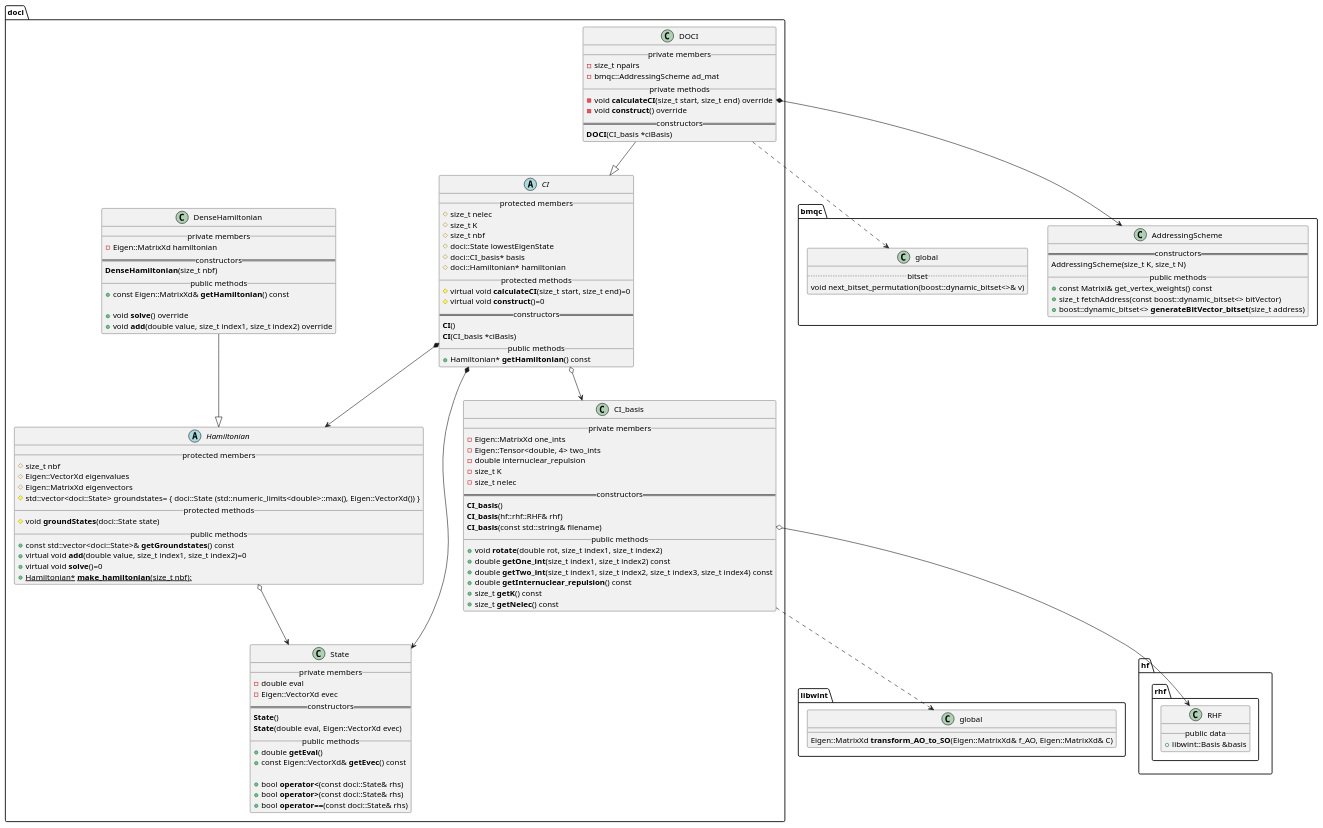
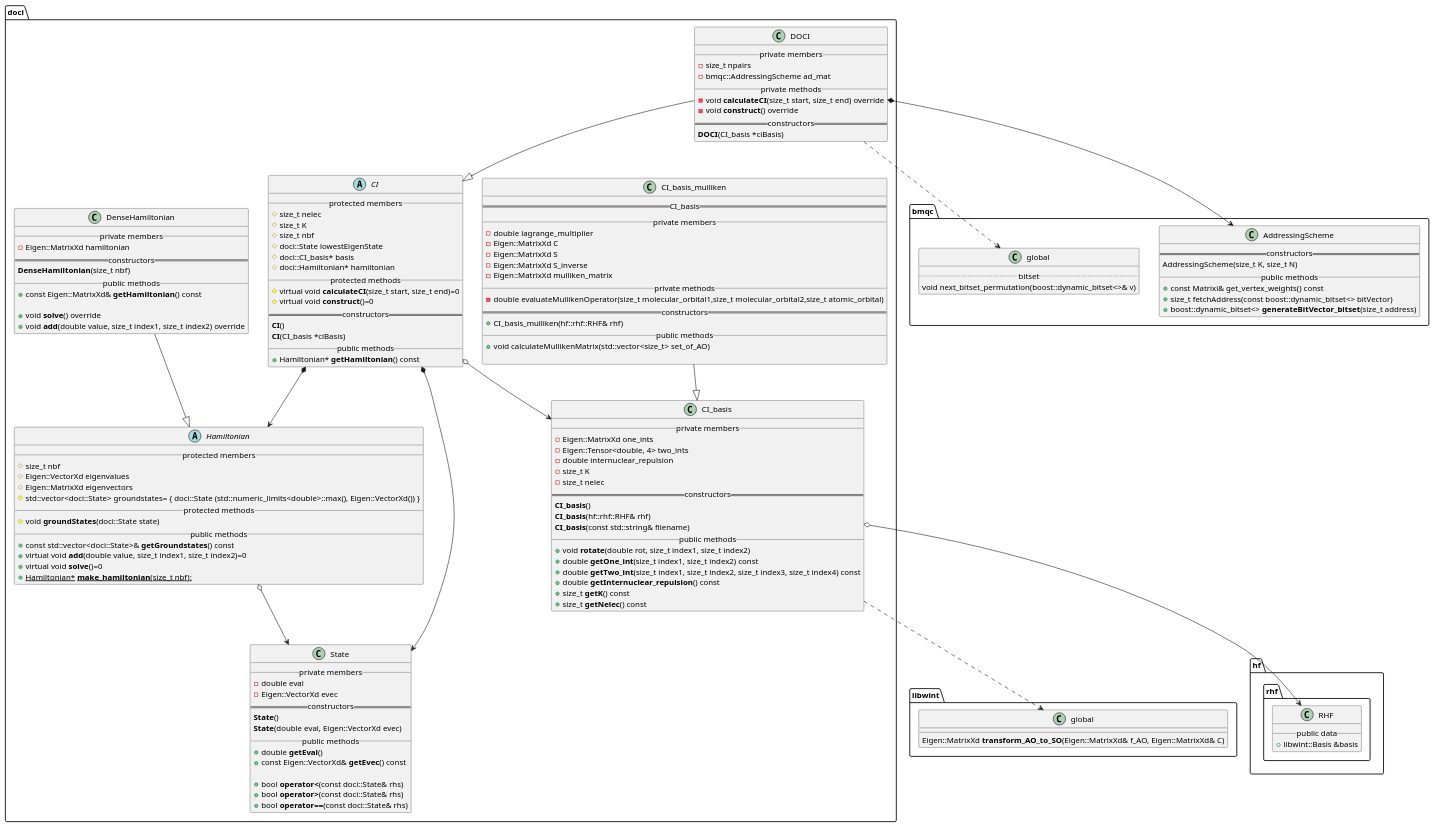
Before and after one commit to tmhuysen/ci: the diagram in docs/ci.puml, drawn with PlantUML. The commit also changed 4 other files, not shown here.

```diff
--- a/docs/ci.puml
+++ b/docs/ci.puml
@@ -1,153 +1,170 @@
 @startuml
 
 namespace doci {
     abstract class CI {
         __ protected members __
             # size_t nelec
             # size_t K
             # size_t nbf
             # doci::State lowestEigenState
             # doci::CI_basis* basis
             # doci::Hamiltonian* hamiltonian
         __ protected methods __
             # virtual void **calculateCI**(size_t start, size_t end)=0
 	        # virtual void **construct**()=0
         == constructors ==
 	        **CI**()
 	        **CI**(CI_basis *ciBasis)
 	    __ public methods __
 	        + Hamiltonian* **getHamiltonian**() const
     }
 
 
     class DOCI {
         __ private members __
             - size_t npairs
             - bmqc::AddressingScheme ad_mat
         __ private methods __
             - void **calculateCI**(size_t start, size_t end) override
             - void **construct**() override
         == constructors ==
             **DOCI**(CI_basis *ciBasis)
     }
 
 
     class State {
         __ private members __
             - double eval
             - Eigen::VectorXd evec
         == constructors ==
             **State**()
             **State**(double eval, Eigen::VectorXd evec)
         __ public methods __
             + double **getEval**()
             + const Eigen::VectorXd& **getEvec**() const
 
             + bool **operator<**(const doci::State& rhs)
             + bool **operator>**(const doci::State& rhs)
             + bool **operator==**(const doci::State& rhs)
     }
 
 
     class CI_basis {
         __ private members __
             - Eigen::MatrixXd one_ints
             - Eigen::Tensor<double, 4> two_ints
             - double internuclear_repulsion
             - size_t K
             - size_t nelec
         == constructors ==
             **CI_basis**()
             **CI_basis**(hf::rhf::RHF& rhf)
             **CI_basis**(const std::string& filename)
         __ public methods __
             + void **rotate**(double rot, size_t index1, size_t index2)
             + double **getOne_int**(size_t index1, size_t index2) const
             + double **getTwo_int**(size_t index1, size_t index2, size_t index3, size_t index4) const
             + double **getInternuclear_repulsion**() const
             + size_t **getK**() const
             + size_t **getNelec**() const
     }
+    class CI_basis_mulliken {
+        == CI_basis==
+        __ private members __
+            -double lagrange_multiplier
+            -Eigen::MatrixXd C
+            -Eigen::MatrixXd S
+            -Eigen::MatrixXd S_inverse
+            -Eigen::MatrixXd mulliken_matrix
+        __ private methods __
+            -double evaluateMullikenOperator(size_t molecular_orbital1,size_t molecular_orbital2,size_t atomic_orbital)
+        == constructors ==
+            +CI_basis_mulliken(hf::rhf::RHF& rhf)
+        __ public methods __
+           +void calculateMullikenMatrix(std::vector<size_t> set_of_AO)
+
+        }
 
 
     abstract class Hamiltonian {
         __ protected members __
             # size_t nbf
             # Eigen::VectorXd eigenvalues
             # Eigen::MatrixXd eigenvectors
             # std::vector<doci::State> groundstates= { doci::State (std::numeric_limits<double>::max(), Eigen::VectorXd()) }
         __ protected methods __
             # void **groundStates**(doci::State state)
         __ public methods __
             + const std::vector<doci::State>& **getGroundstates**() const
             + virtual void **add**(double value, size_t index1, size_t index2)=0
             + virtual void **solve**()=0
             + {static} Hamiltonian* **make_hamiltonian**(size_t nbf);
     }
 
 
     class DenseHamiltonian {
         __ private members __
             - Eigen::MatrixXd hamiltonian
         == constructors ==
             **DenseHamiltonian**(size_t nbf)
         __ public methods __
             + const Eigen::MatrixXd& **getHamiltonian**() const
 
             + void **solve**() override
             + void **add**(double value, size_t index1, size_t index2) override
     }
 }
 
 
 namespace bmqc {
     class AddressingScheme {
         == constructors ==
             AddressingScheme(size_t K, size_t N)
         __ public methods __
             + const Matrixi& get_vertex_weights() const
             + size_t fetchAddress(const boost::dynamic_bitset<> bitVector)
             + boost::dynamic_bitset<> **generateBitVector_bitset**(size_t address)
     }
 
     class global {
         .. bitset ..
             void next_bitset_permutation(boost::dynamic_bitset<>& v)
     }
 
 
 }
 
 namespace libwint {
     class global {
         Eigen::MatrixXd **transform_AO_to_SO**(Eigen::MatrixXd& f_AO, Eigen::MatrixXd& C)
     }
 }
 
 namespace hf {
     namespace rhf {
         class RHF {
             __ public data __
                 + libwint::Basis &basis
         }
     }
 }
 
 
 doci.CI_basis ..> libwint.global
 doci.CI_basis o--> hf.rhf.RHF
+doci.CI_basis_mulliken --|> doci.CI_basis
 
 doci.Hamiltonian o--> doci.State
 
 doci.DenseHamiltonian --|> doci.Hamiltonian
 
 doci.CI *--> doci.State
 doci.CI o--> doci.CI_basis
 doci.CI *--> doci.Hamiltonian
 
 doci.DOCI --|> doci.CI
 doci.DOCI *--> bmqc.AddressingScheme
 doci.DOCI ..> bmqc.global
 
 
 @enduml
```
